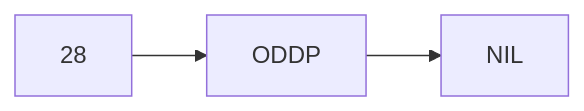
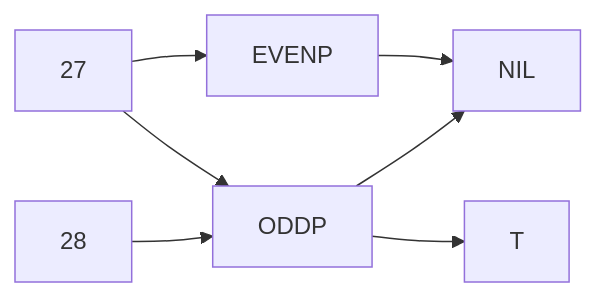
One commit to bahyway/DevCommonLispLAB changed the fourth of 5 diagrams in docs/devcommonlisplab/functions-and-data.md. Above: the diagram before and after it, drawn with Mermaid. The commit also changed other lines of this file, not shown here.

````diff
--- a/docs/devcommonlisplab/functions-and-data.md
+++ b/docs/devcommonlisplab/functions-and-data.md
@@ -35,6 +55,8 @@
 ```mermaid
 
 flowchart LR
-28 --> ODDP 
-ODDP --> NIL
+28 --> ODDP --> NIL
+27 --> ODDP --> T
+27 --> EVENP --> NIL
+
 ```
````
